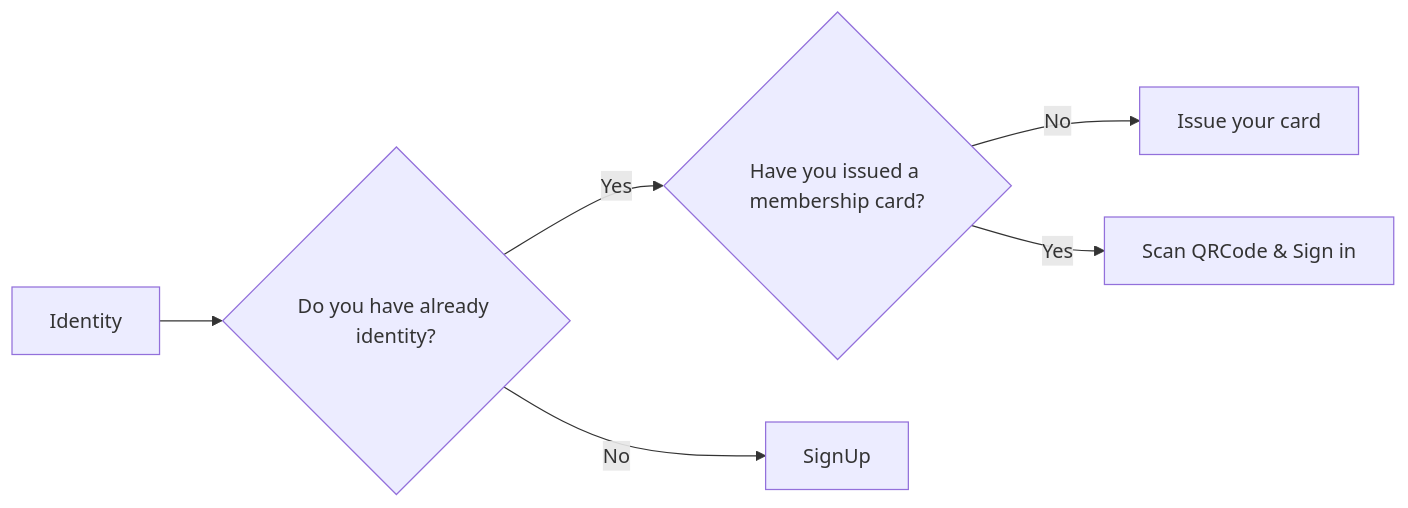
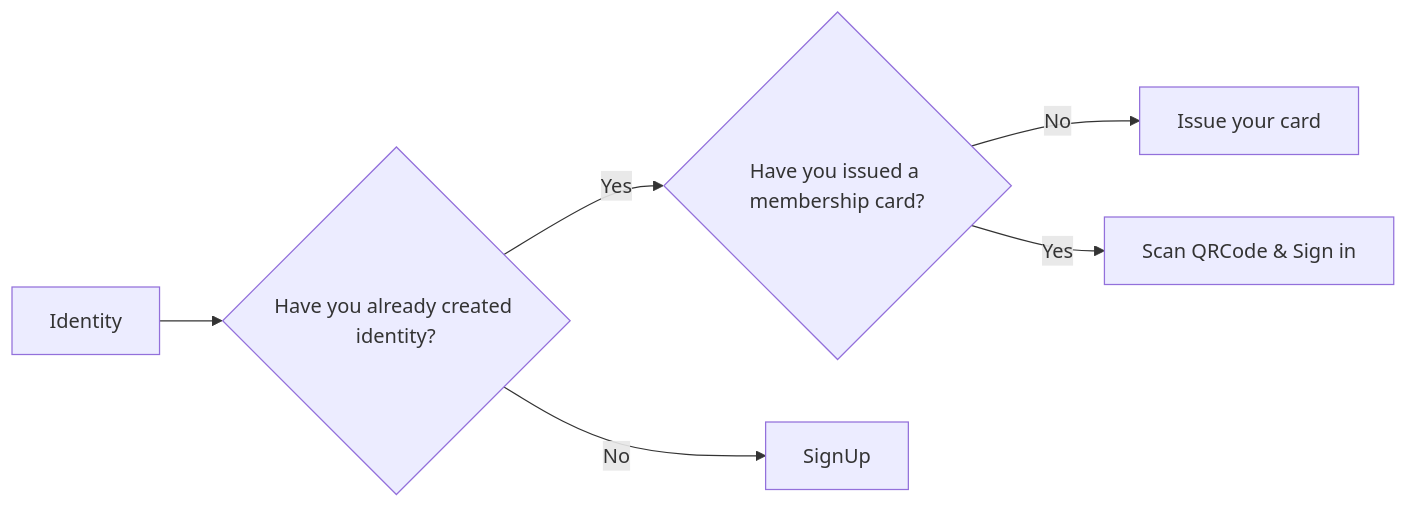
The diagram in README.md (mortgageconsortium/mortgageconsortium.github.io), drawn with Mermaid before and after one commit.

Commit message:
graph texts

````diff
--- a/README.md
+++ b/README.md
@@ -158,10 +158,10 @@
   ```mermaid
 flowchart LR
-    A[Identity] --> B{Do you have already identity?}
+    A[Identity] --> B{Have you already created identity?}
     B -- Yes --> C{Have you issued a membership card?}
     C -- No --> D[Issue your card]
     C -- Yes --> E[Scan QRCode & Sign in]
     B -- No --> F[SignUp]
 click D "https://mconsissuer.azurewebsites.net" "Issue your card here"
 click E "https://app.consortium.mortgage" "Sign in"
 ```
````
